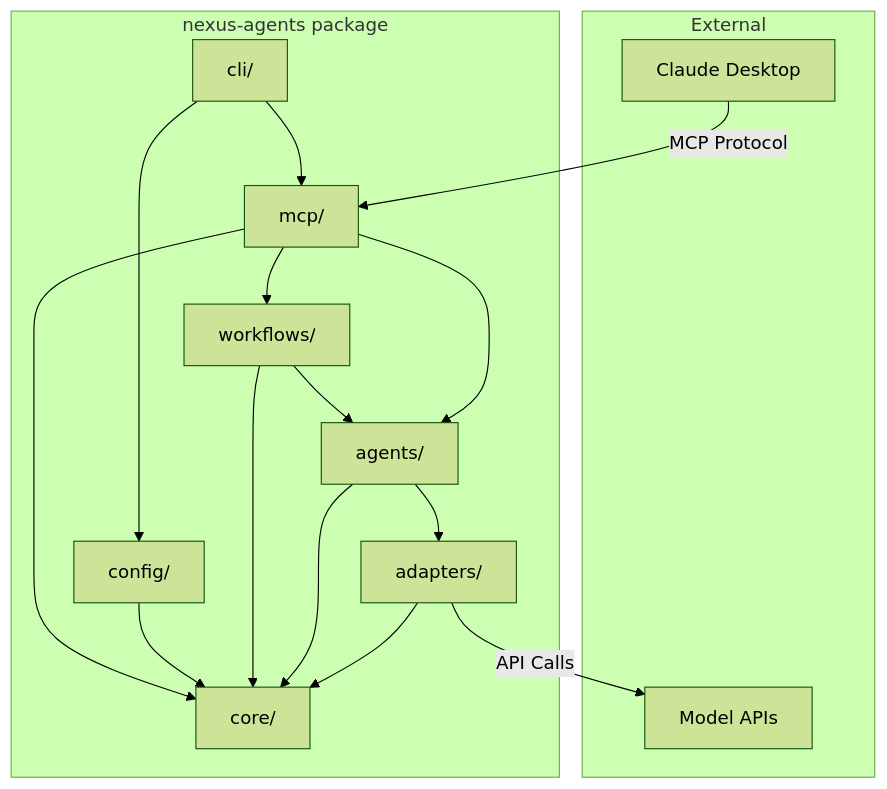
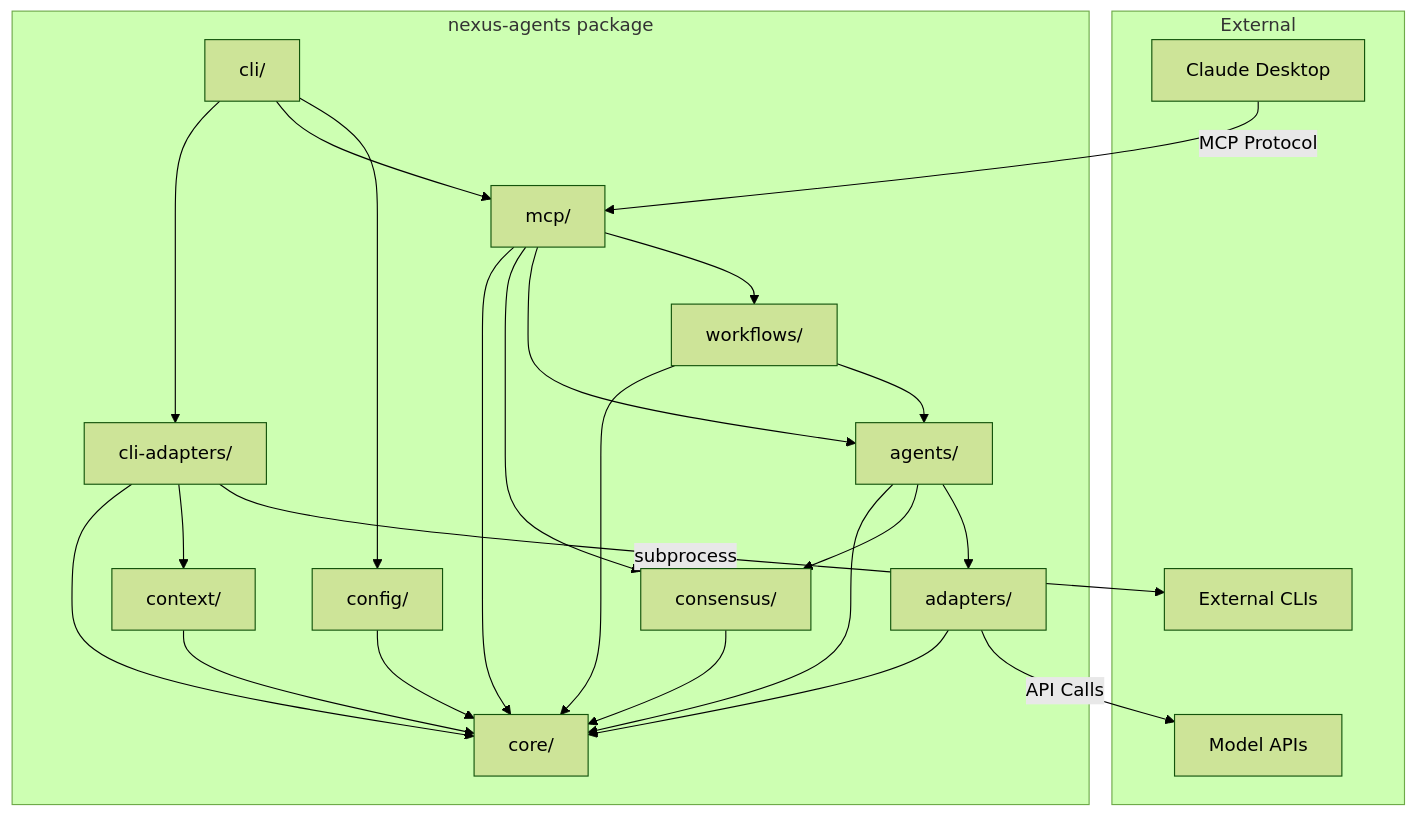
Before and after one commit to nexus-substrate/nexus-agents: the first of 4 diagrams in ARCHITECTURE.md, drawn with Mermaid (forest theme). The commit also changed other lines of this file and 72 other files, not shown here.

First line of the commit message:
feat: add research docs, testing framework, and fix CLI adapters

````diff
--- a/ARCHITECTURE.md
+++ b/ARCHITECTURE.md
@@ -92,31 +121,43 @@
 ```mermaid
 graph TD
     subgraph External
         CD[Claude Desktop]
         API[Model APIs]
+        CLIS[External CLIs]
     end
 
     subgraph "nexus-agents package"
         MCP[mcp/]
         CLI[cli/]
         WF[workflows/]
         AG[agents/]
         AD[adapters/]
         CFG[config/]
         CORE[core/]
+        CLIADAPT[cli-adapters/]
+        CTX[context/]
+        CON[consensus/]
     end
 
     CD -->|MCP Protocol| MCP
     CLI --> CFG
     CLI --> MCP
+    CLI --> CLIADAPT
+    CLIADAPT -->|subprocess| CLIS
+    CLIADAPT --> CTX
     MCP --> WF
     MCP --> AG
+    MCP --> CON
     WF --> AG
     AG --> AD
+    AG --> CON
     AD -->|API Calls| API
     AD --> CORE
     AG --> CORE
     WF --> CORE
     CFG --> CORE
     MCP --> CORE
+    CTX --> CORE
+    CON --> CORE
+    CLIADAPT --> CORE
 ```
````
